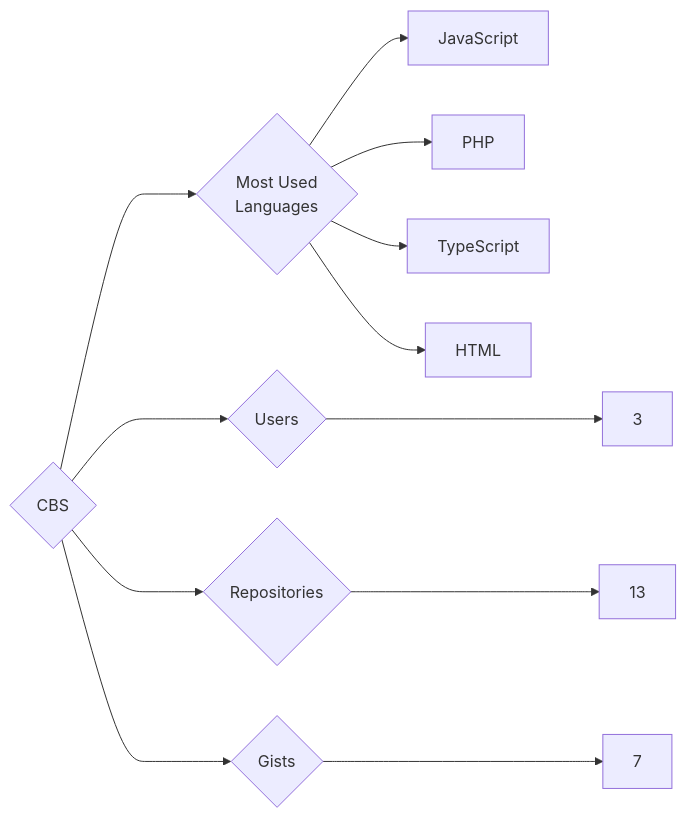
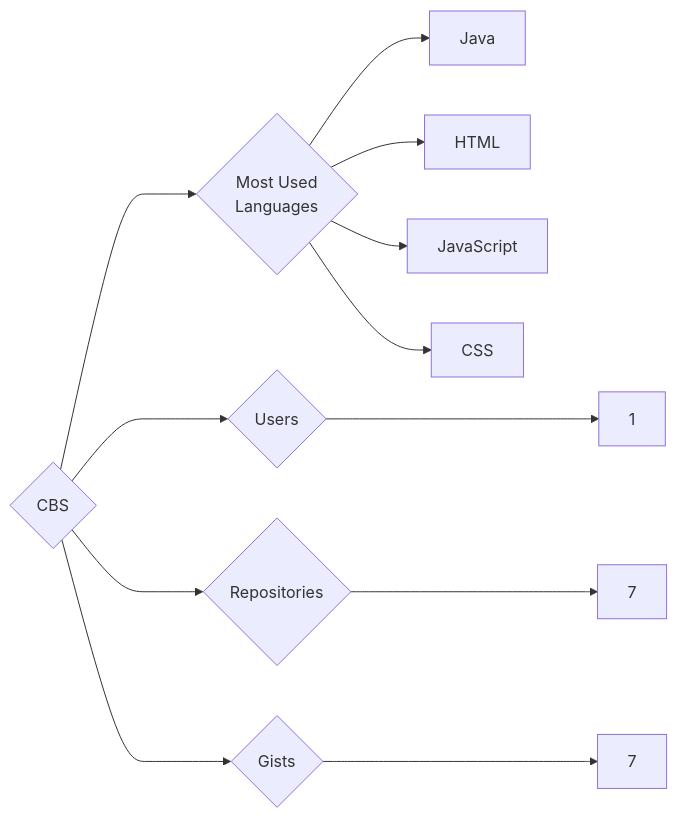
Before and after one commit to trickest/insiders: the diagram in targets/CBS/README.md, drawn with Mermaid. The commit also changed 860 other files, not shown here.

````diff
--- a/targets/CBS/README.md
+++ b/targets/CBS/README.md
@@ -3,12 +3,12 @@
 ```mermaid
 graph LR
 COMPANY_NAME{CBS}
-COMPANY_NAME ---> U{Users} ---> UN[3]
-COMPANY_NAME ---> R{Repositories} ---> RN[13]
+COMPANY_NAME ---> U{Users} ---> UN[1]
+COMPANY_NAME ---> R{Repositories} ---> RN[7]
 COMPANY_NAME ---> G{Gists} ---> GN[7]
 COMPANY_NAME ---> ML{Most Used<br>Languages}
+ML --> Java[Java]
+ML --> HTML[HTML]
 ML --> JavaScript[JavaScript]
-ML --> PHP[PHP]
-ML --> TypeScript[TypeScript]
-ML --> HTML[HTML]
+ML --> CSS[CSS]
 ```
````
